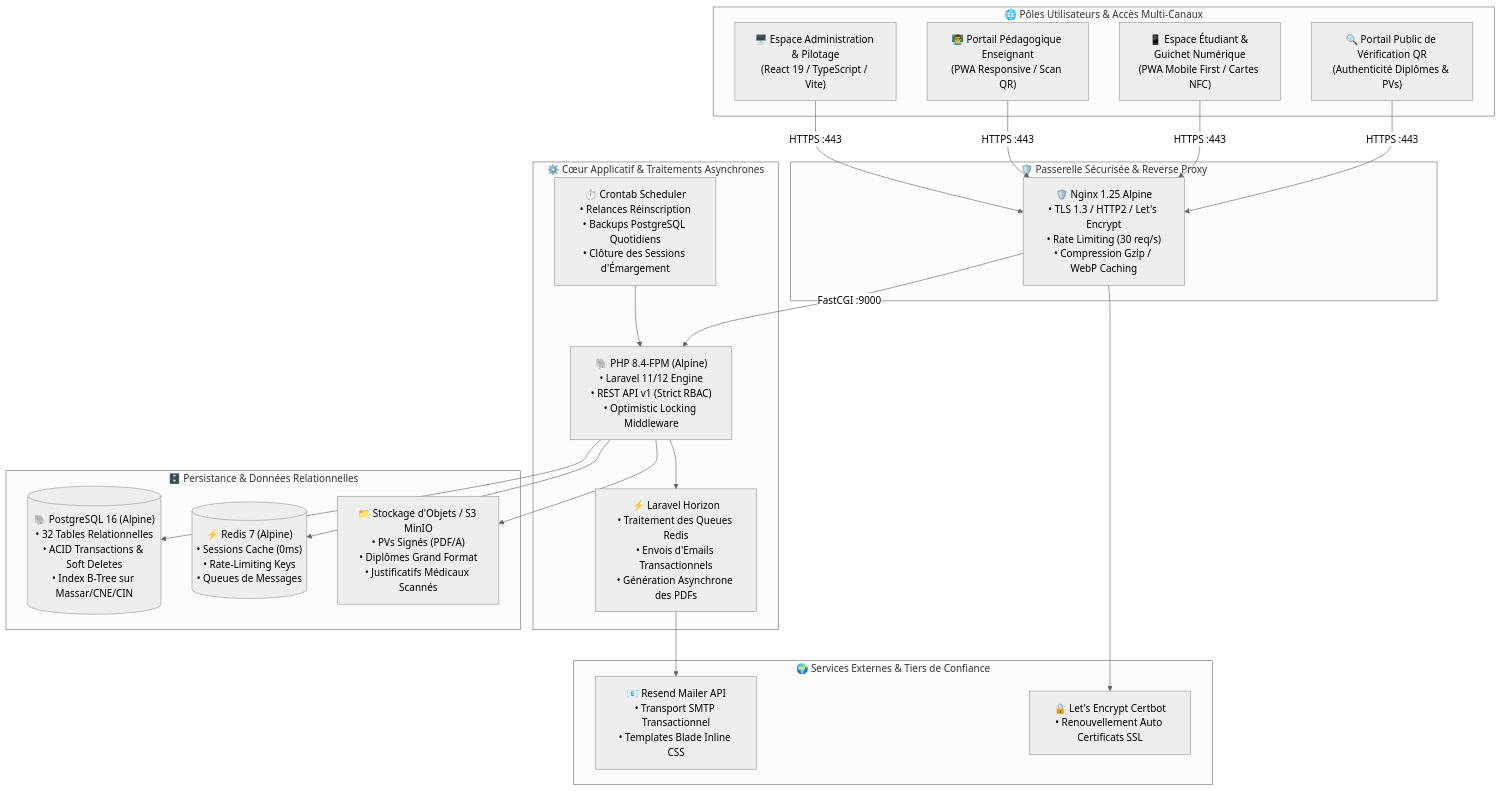
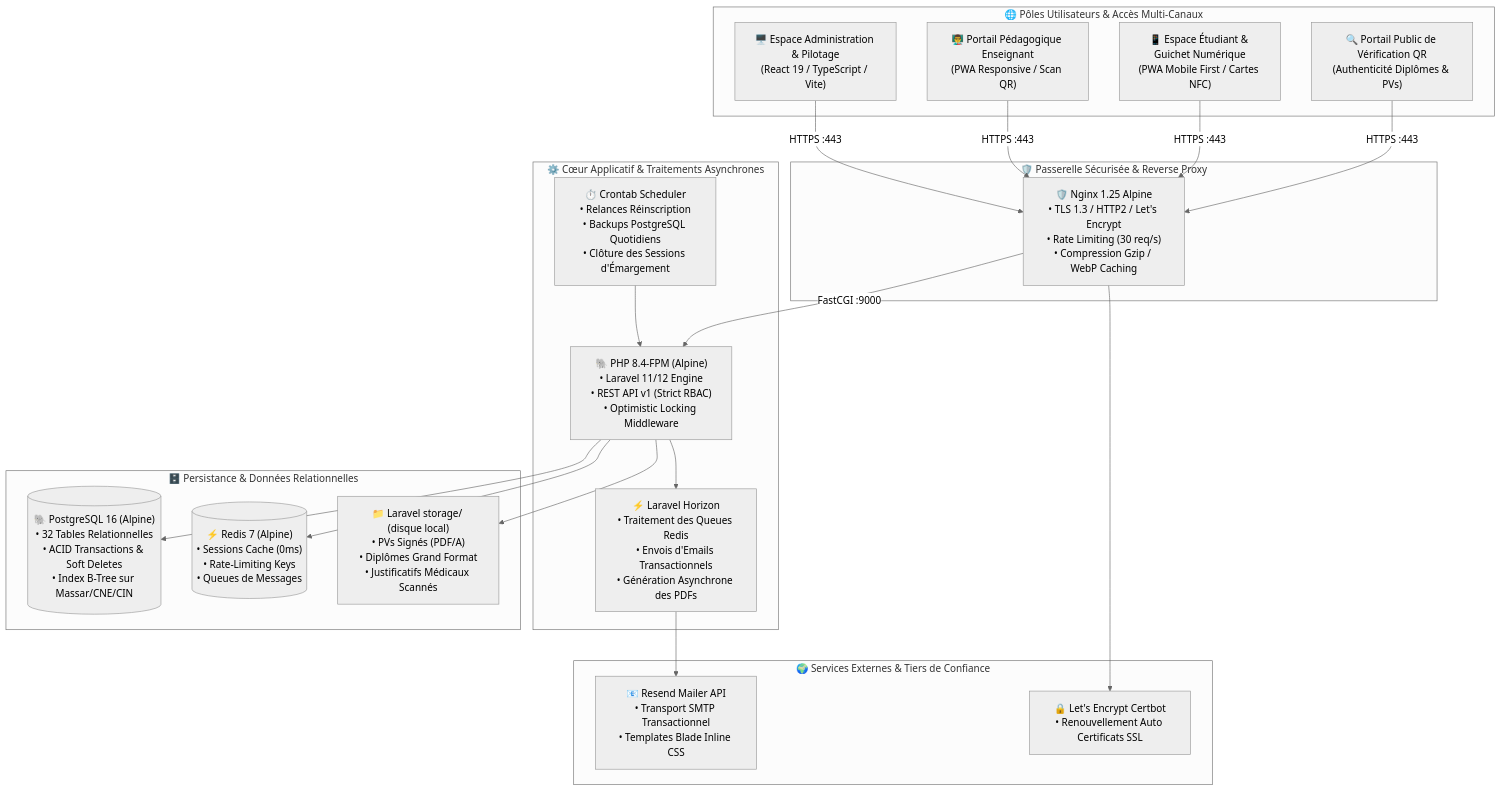
Before and after one commit to radouane99/ENCG-ERP: the first of 7 diagrams in README.md, drawn with Mermaid (neutral theme). The commit also changed 6 other files, not shown here.

Commit message:
refactor: remove MinIO S3 storage configuration and update filesystem settings — replaced S3 storage references with local disk settings in environment files, updated documentation to reflect changes, and removed MinIO service from Docker configuration for streamlined local development.

````diff
--- a/README.md
+++ b/README.md
@@ -36,40 +36,40 @@
 ```mermaid
 graph TB
     subgraph Clients["🌐 Pôles Utilisateurs & Accès Multi-Canaux"]
         AdminUI["🖥️ Espace Administration & Pilotage<br/>(React 19 / TypeScript / Vite)"]
         ProfUI["👨‍🏫 Portail Pédagogique Enseignant<br/>(PWA Responsive / Scan QR)"]
         StudentUI["📱 Espace Étudiant & Guichet Numérique<br/>(PWA Mobile First / Cartes NFC)"]
         PublicVerifier["🔍 Portail Public de Vérification QR<br/>(Authenticité Diplômes & PVs)"]
     end
 
     subgraph EdgeTier["🛡️ Passerelle Sécurisée & Reverse Proxy"]
         Nginx["🛡️ Nginx 1.25 Alpine<br/>• TLS 1.3 / HTTP2 / Let's Encrypt<br/>• Rate Limiting (30 req/s)<br/>• Compression Gzip / WebP Caching"]
     end
 
     subgraph AppTier["⚙️ Cœur Applicatif & Traitements Asynchrones"]
         PHP["🐘 PHP 8.4-FPM (Alpine)<br/>• Laravel 11/12 Engine<br/>• REST API v1 (Strict RBAC)<br/>• Optimistic Locking Middleware"]
         Horizon["⚡ Laravel Horizon<br/>• Traitement des Queues Redis<br/>• Envois d'Emails Transactionnels<br/>• Génération Asynchrone des PDFs"]
         Scheduler["⏱️ Crontab Scheduler<br/>• Relances Réinscription<br/>• Backups PostgreSQL Quotidiens<br/>• Clôture des Sessions d'Émargement"]
     end
 
     subgraph DataTier["🗄️ Persistance & Données Relationnelles"]
         Postgres[("🐘 PostgreSQL 16 (Alpine)<br/>• 32 Tables Relationnelles<br/>• ACID Transactions & Soft Deletes<br/>• Index B-Tree sur Massar/CNE/CIN")]
         Redis[("⚡ Redis 7 (Alpine)<br/>• Sessions Cache (0ms)<br/>• Rate-Limiting Keys<br/>• Queues de Messages")]
-        Storage["📁 Stockage d'Objets / S3 MinIO<br/>• PVs Signés (PDF/A)<br/>• Diplômes Grand Format<br/>• Justificatifs Médicaux Scannés"]
+        Storage["📁 Laravel storage/ (disque local)<br/>• PVs Signés (PDF/A)<br/>• Diplômes Grand Format<br/>• Justificatifs Médicaux Scannés"]
     end
 
     subgraph ExternalServices["🌍 Services Externes & Tiers de Confiance"]
         ResendMail["📧 Resend Mailer API<br/>• Transport SMTP Transactionnel<br/>• Templates Blade Inline CSS"]
         Certbot["🔒 Let's Encrypt Certbot<br/>• Renouvellement Auto Certificats SSL"]
     end
 
     AdminUI & ProfUI & StudentUI & PublicVerifier -->|HTTPS :443| Nginx
     Nginx -->|FastCGI :9000| PHP
     PHP --> Postgres
     PHP --> Redis
     PHP --> Storage
     PHP --> Horizon
     Horizon --> ResendMail
     Scheduler --> PHP
     Nginx --> Certbot
 ```
````
